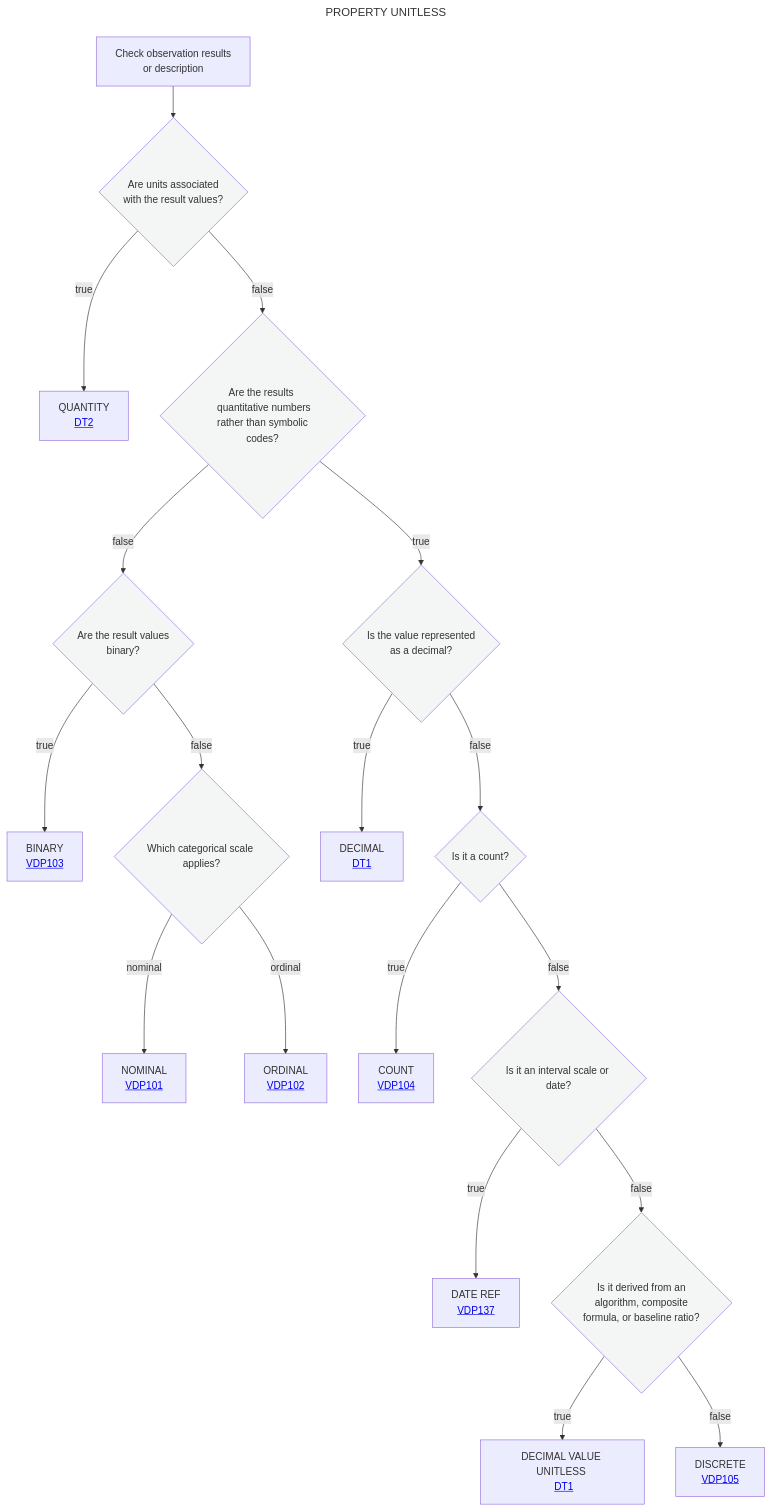
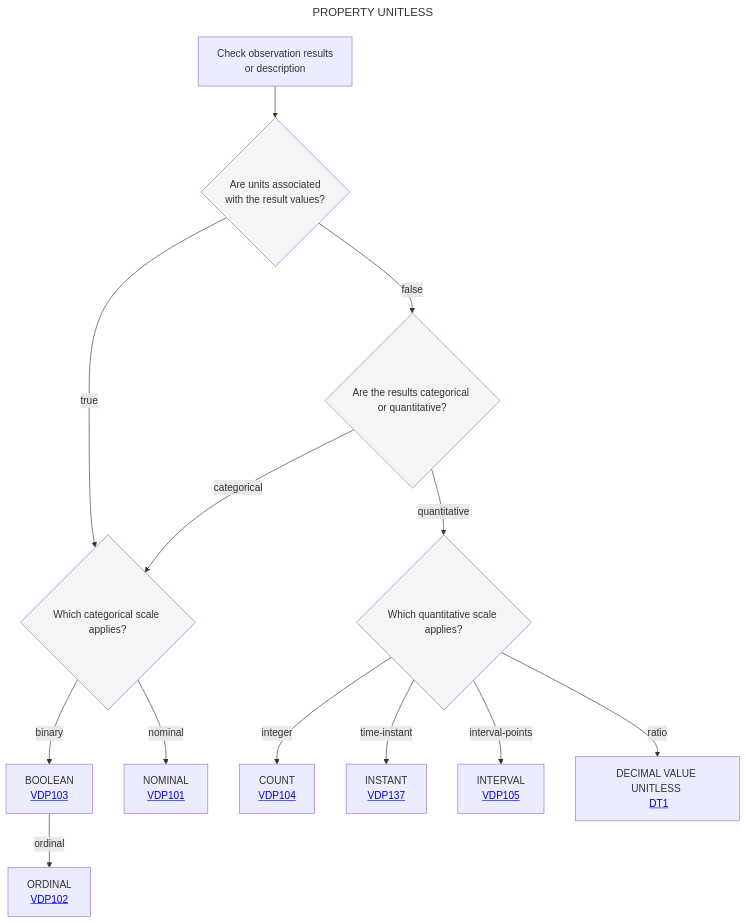
The diagram in Decisition_trees/dttest.mmd (mabablue/I-ADOPT-patterns-playground), drawn with Mermaid before and after one commit.

```diff
--- a/Decisition_trees/dttest.mmd
+++ b/Decisition_trees/dttest.mmd
@@ -1,40 +1,27 @@
 ---
 title: PROPERTY UNITLESS
 ---
 flowchart TD
     A[Check observation results <br> or description] --> B{Are units associated <br> with the result values?}:::white
     
     %% Branch: Units Present -> QUANTITY (Ratio Scale with Units)
     B --> |true|D[QUANTITY <br> <a href='https://github.com/mabablue/I-ADOPT-patterns-playground/blob/main/Decisition_trees/DT2.mmd'>DT2</a><br>]
     
     %% Branch: Unitless Path
-    B --> |false|C{Are the results <br> quantitative numbers<br> rather than symbolic codes?}:::white
+    B --> |false|C{Are the results categorical or quantitative?}:::white
     
     %% Categorical Branch (Binary, Nominal, Ordinal)
-    C --> |false|E{Are the result values <br> binary?}:::white
-    E --> |true|F[BINARY <br> <a href='https://github.com/mabablue/I-ADOPT-patterns-playground/blob/main/pattern/VDP103.yaml'>VDP103</a><br>]
-    E --> |false|I{Which categorical scale applies?}:::white
-    I -- nominal --> K[NOMINAL <br> <a href='https://github.com/mabablue/I-ADOPT-patterns-playground/blob/main/pattern/VDP101.yaml'>VDP101</a><br>]
-    I -- ordinal --> J[ORDINAL <br> <a href='https://github.com/mabablue/I-ADOPT-patterns-playground/blob/main/pattern/VDP102.yaml'>VDP102</a><br>]
-    
-    %% Quantitative Unitless Branch (Interval, Count, Unitless Ratio/Decimal)
-    C --> |true|G{Is the value represented <br> as a decimal?}:::white
-    
-    %% Continuous / Decimal Path
-    G --> |true|L[DECIMAL <br> <a href='https://github.com/mabablue/I-ADOPT-patterns-playground/blob/main/Decisition_trees/DT1.mmd'>DT1</a><br>]
-    
-    %% Discrete Quantitative Path (Count, Interval, Discrete)
-    G --> |false|H{Is it a count?}:::white
-    H --> |true|M[COUNT <br> <a href='https://github.com/mabablue/I-ADOPT-patterns-playground/blob/main/pattern/VDP104.yaml'>VDP104</a><br>]
-    
-    H --> |false|Q{Is it an interval scale or date?}:::white
-    Q --> |true|R[DATE REF <br> <a href='https://github.com/mabablue/I-ADOPT-patterns-playground/blob/main/pattern/VDP137.yaml'> VDP137</a>]
-    Q --> |false|N{Is it derived from an <br> algorithm, composite <br> formula, or baseline ratio?}:::white
-    
-    N --> |true|O[DECIMAL VALUE UNITLESS <br> <a href='https://github.com/mabablue/I-ADOPT-patterns-playground/blob/main/Decisition_trees/DT1.mmd'>DT1</a><br>]
-    N --> |false|P[DISCRETE <br> <a href='https://github.com/mabablue/I-ADOPT-patterns-playground/blob/main/pattern/VDP105.yaml'>VDP105</a><br>]
+    C -- categorical --> D{Which categorical scale applies?}:::white
+    D -- binary --> E[BOOLEAN <br> <a href='https://github.com/mabablue/I-ADOPT-patterns-playground/blob/main/pattern/VDP103.yaml'>VDP103</a><br>]
+    D -- nominal -->F[NOMINAL <br> <a href='https://github.com/mabablue/I-ADOPT-patterns-playground/blob/main/pattern/VDP101.yaml'>VDP101</a><br>]
+    E -- ordinal -->G[ORDINAL <br> <a href='https://github.com/mabablue/I-ADOPT-patterns-playground/blob/main/pattern/VDP102.yaml'>VDP102</a><br>]
+    C -- quantitative -->H{Which quantitative scale applies?}:::white
+    H -- integer -->I[COUNT <br> <a href='https://github.com/mabablue/I-ADOPT-patterns-playground/blob/main/pattern/VDP104.yaml'>VDP104</a><br>]
+    H -- time-instant -->K[INSTANT <br> <a href='https://github.com/mabablue/I-ADOPT-patterns-playground/blob/main/pattern/VDP137.yaml'>VDP137</a><br>]
+    H -- interval-points -->L[INTERVAL <br> <a href='https://github.com/mabablue/I-ADOPT-patterns-playground/blob/main/pattern/VDP105.yaml'>VDP105</a><br>]
+    H -- ratio -->M[DECIMAL VALUE UNITLESS <br> <a href='https://github.com/mabablue/I-ADOPT-patterns-playground/blob/main/Decisition_trees/DT1.mmd'>DT1</a><br>]
 
     classDef blue fill:#90D5FF
     classDef satblue fill:#57B9FF
     classDef white fill:#f3f6f4
     classDef green fill:#6aa84f
```
